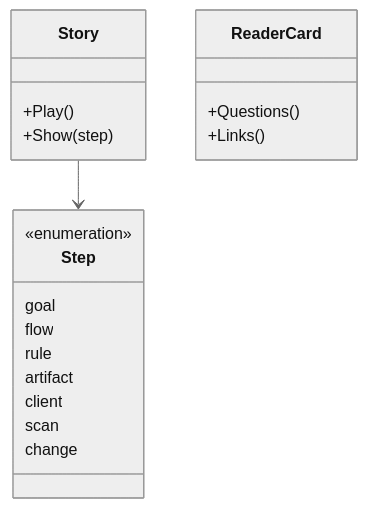
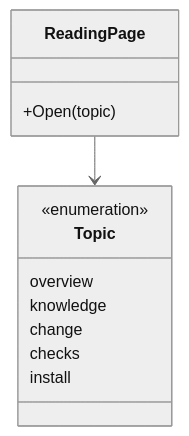
Before and after one commit to hieutran21198/Artifact-Driven-Framework: the diagram in docs/software-knowledges/artifacts/introduction/specification.md, drawn with Mermaid (neutral theme). The commit also changed other lines of this file and 36 other files, not shown here.

````diff
--- a/docs/software-knowledges/artifacts/introduction/specification.md
+++ b/docs/software-knowledges/artifacts/introduction/specification.md
@@ -8,22 +8,15 @@
 ```mermaid
 classDiagram
-    class Story {
-        +Play()
-        +Show(step)
+    class ReadingPage {
+        +Open(topic)
     }
-    class Step {
+    class Topic {
         <<enumeration>>
-        goal
-        flow
-        rule
-        artifact
-        client
-        scan
+        overview
+        knowledge
         change
+        checks
+        install
     }
-    class ReaderCard {
-        +Questions()
-        +Links()
-    }
-    Story --> Step
+    ReadingPage --> Topic
 ```
````
